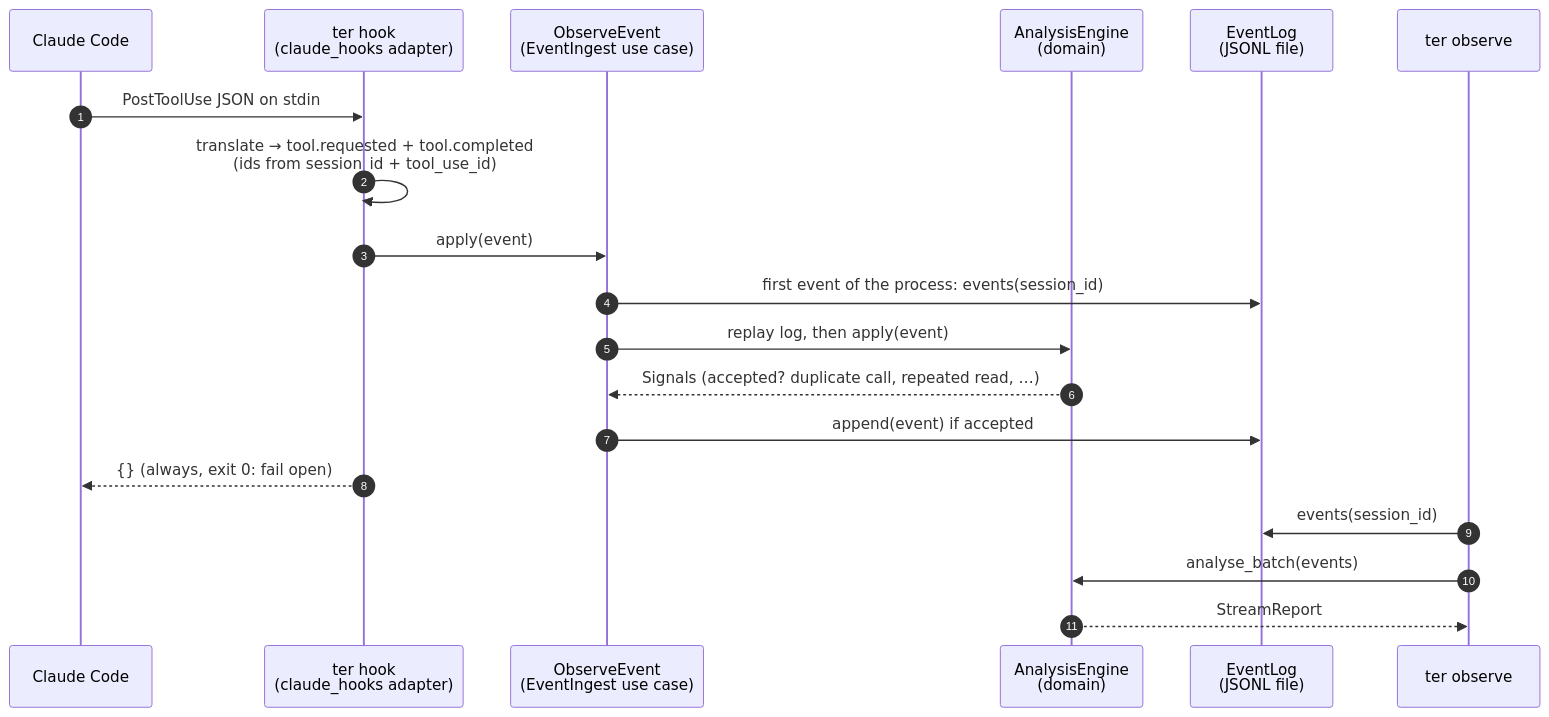
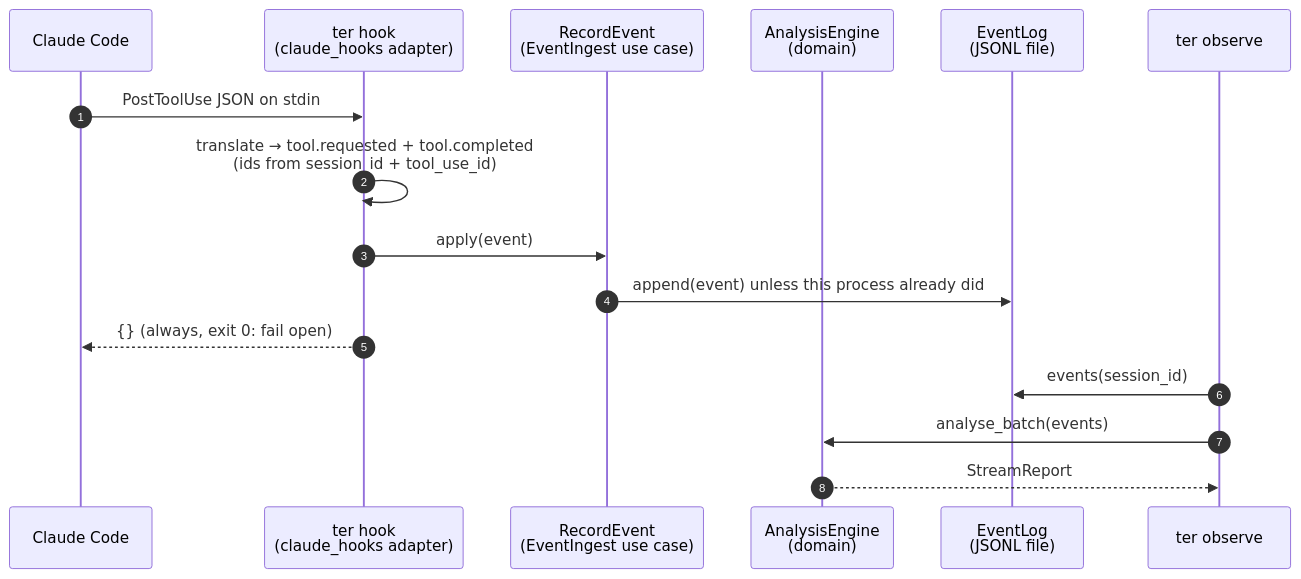
Before and after one commit to cplegendre/TER: the diagram in docs/ter4/l1-observed.md, drawn with Mermaid. The commit also changed other lines of this file and 14 other files, not shown here.

````diff
--- a/docs/ter4/l1-observed.md
+++ b/docs/ter4/l1-observed.md
@@ -19,22 +19,19 @@
 ```mermaid
 sequenceDiagram
     autonumber
     participant CC as Claude Code
     participant H as ter hook<br/>(claude_hooks adapter)
-    participant O as ObserveEvent<br/>(EventIngest use case)
+    participant O as RecordEvent<br/>(EventIngest use case)
     participant E as AnalysisEngine<br/>(domain)
     participant L as EventLog<br/>(JSONL file)
     participant R as ter observe
 
     CC->>H: PostToolUse JSON on stdin
     H->>H: translate → tool.requested + tool.completed<br/>(ids from session_id + tool_use_id)
     H->>O: apply(event)
-    O->>L: first event of the process: events(session_id)
-    O->>E: replay log, then apply(event)
-    E-->>O: Signals (accepted? duplicate call, repeated read, …)
-    O->>L: append(event) if accepted
+    O->>L: append(event) unless this process already did
     H-->>CC: {} (always, exit 0: fail open)
     R->>L: events(session_id)
     R->>E: analyse_batch(events)
     E-->>R: StreamReport
 ```
````
